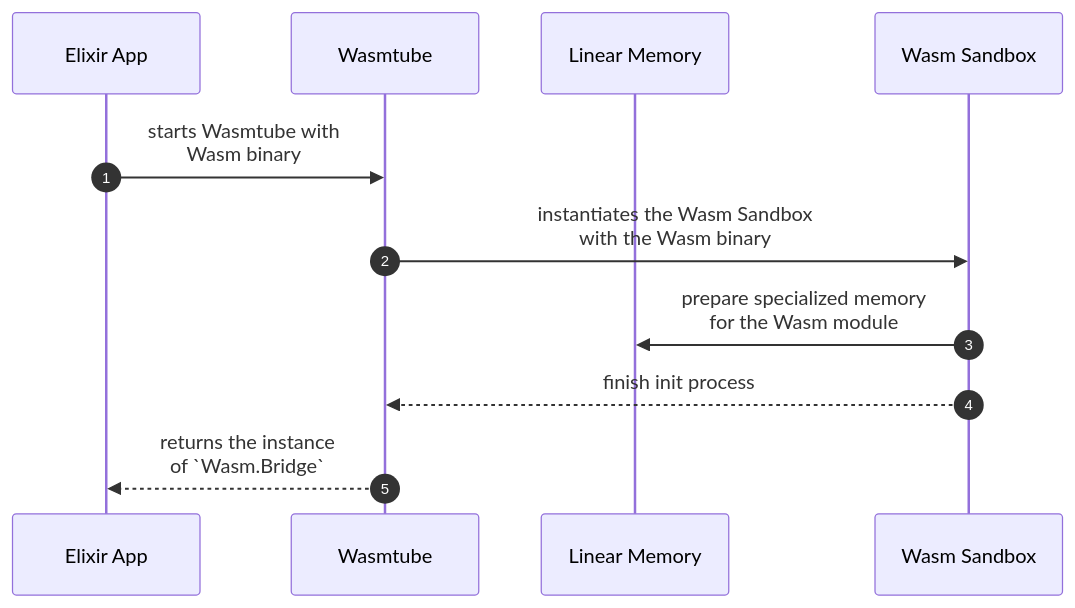
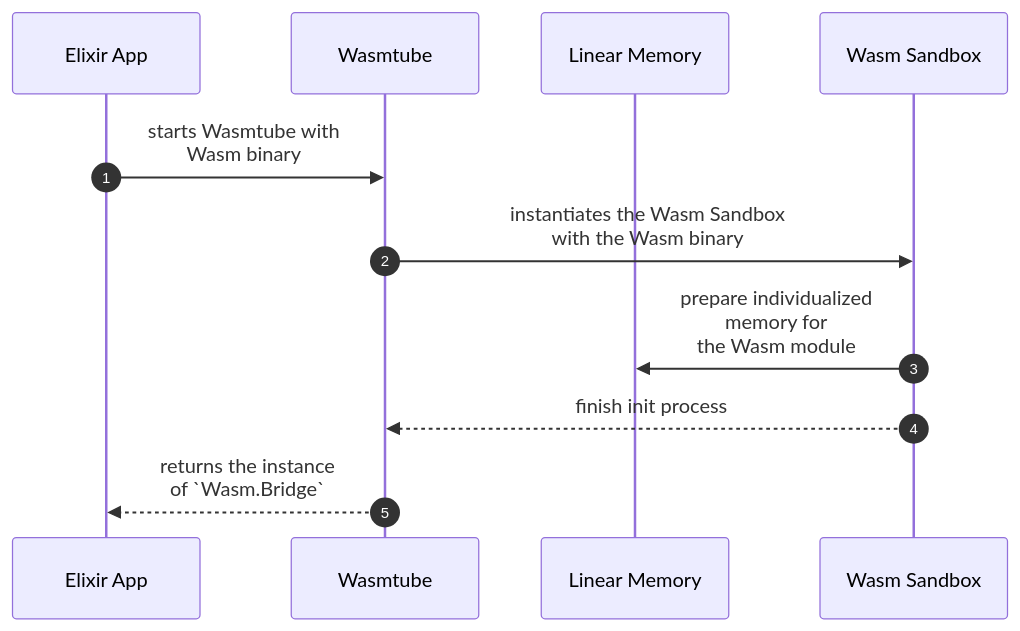
One commit to kentaro/wasmtube changed the first of 3 diagrams in README.md. Above: the diagram before and after it, drawn with Mermaid. The commit also changed other lines of this file, not shown here.

````diff
--- a/README.md
+++ b/README.md
@@ -53,15 +53,15 @@
 ```mermaid
 sequenceDiagram
   autonumber
 
   participant Elixir App
   participant Wasmtube
   participant Linear Memory
   participant Wasm Sandbox
 
   Elixir App ->> Wasmtube: starts Wasmtube with <br> Wasm binary
   Wasmtube ->> Wasm Sandbox: instantiates the Wasm Sandbox <br> with the Wasm binary
-  Wasm Sandbox ->> Linear Memory: prepare specialized memory <br> for the Wasm module
+  Wasm Sandbox ->> Linear Memory: prepare individualized <br> memory for <br> the Wasm module
   Wasm Sandbox -->> Wasmtube: finish init process
   Wasmtube -->> Elixir App: returns the instance <br> of `Wasm.Bridge`
 ```
````
